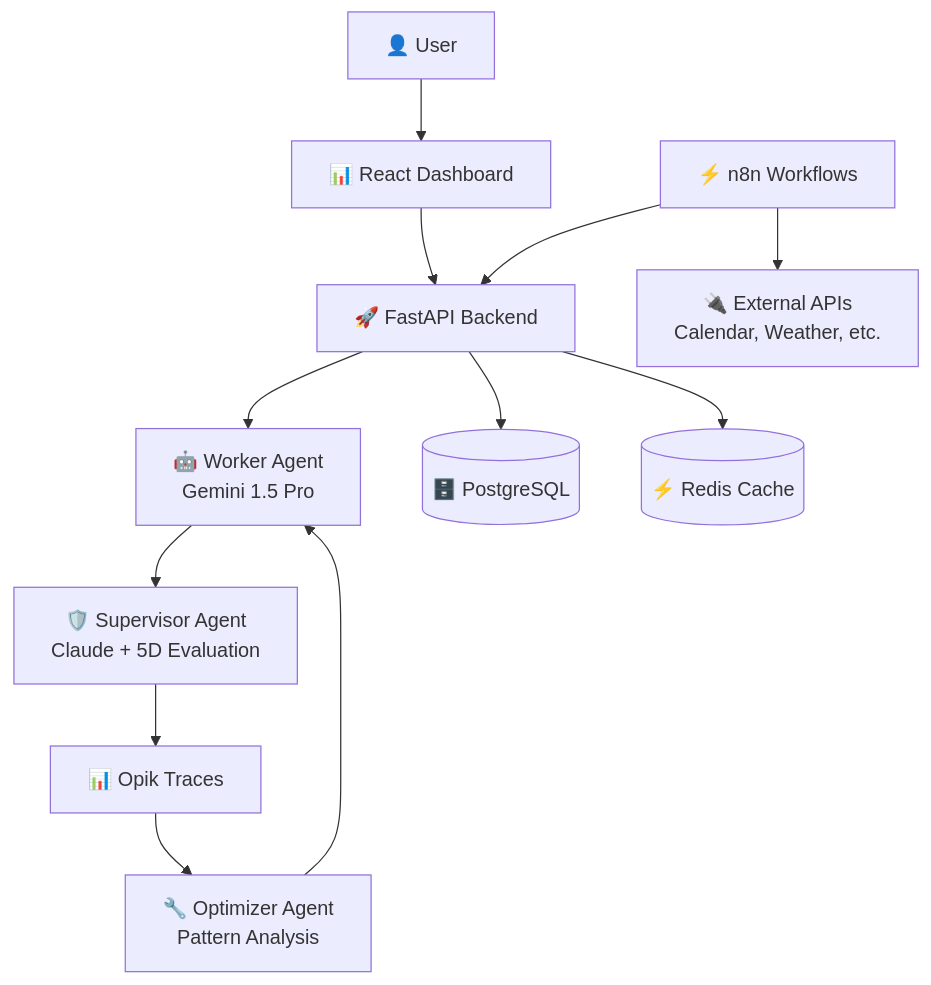
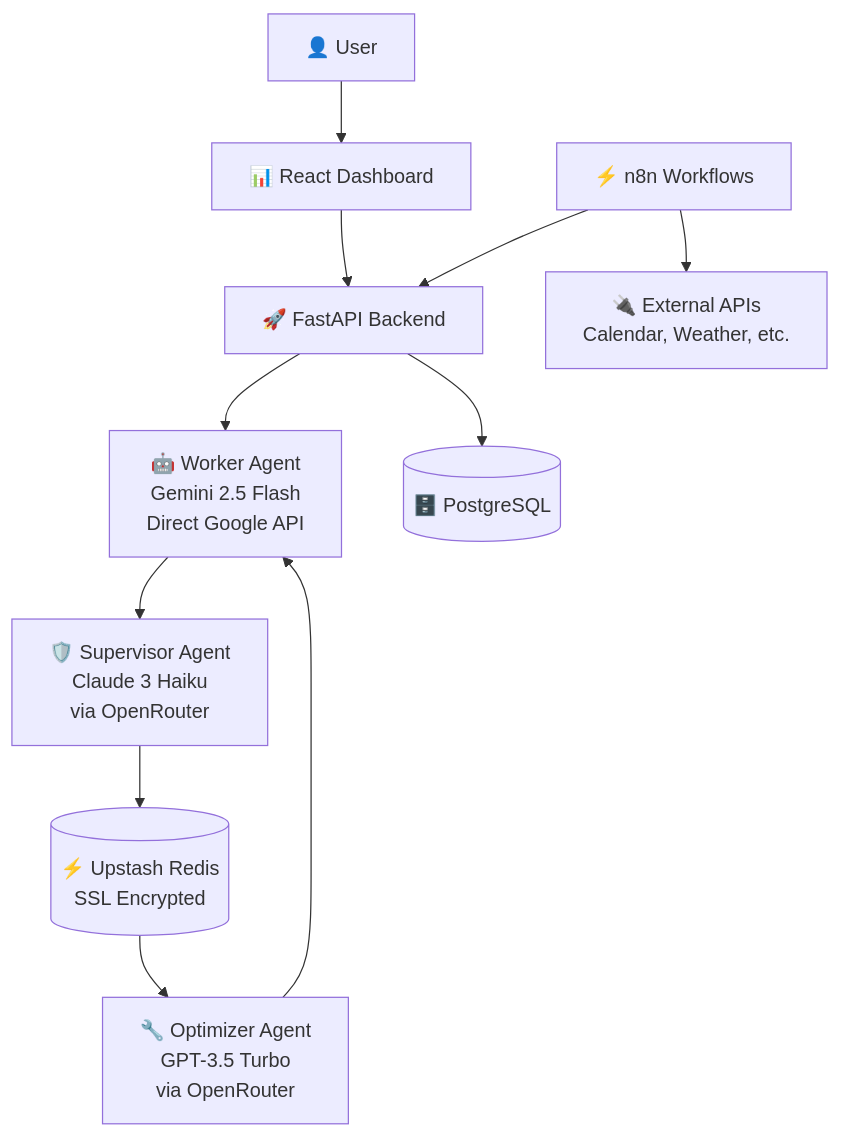
One commit to Aaditya1273/ORBIT changed the diagram in IMPLEMENTATION_SUMMARY.md. Above: the diagram before and after it, drawn with Mermaid. The commit also changed other lines of this file and 1 other file, not shown here.

````diff
--- a/IMPLEMENTATION_SUMMARY.md
+++ b/IMPLEMENTATION_SUMMARY.md
@@ -95,17 +130,16 @@
 ```mermaid
 graph TB
     User[👤 User] --> Dashboard[📊 React Dashboard]
     Dashboard --> API[🚀 FastAPI Backend]
     
-    API --> Worker[🤖 Worker Agent<br/>Gemini 1.5 Pro]
-    Worker --> Supervisor[🛡️ Supervisor Agent<br/>Claude + 5D Evaluation]
-    Supervisor --> Opik[📊 Opik Traces]
-    Opik --> Optimizer[🔧 Optimizer Agent<br/>Pattern Analysis]
+    API --> Worker[🤖 Worker Agent<br/>Gemini 2.5 Flash<br/>Direct Google API]
+    Worker --> Supervisor[🛡️ Supervisor Agent<br/>Claude 3 Haiku<br/>via OpenRouter]
+    Supervisor --> Cache[(⚡ Upstash Redis<br/>SSL Encrypted)]
+    Cache --> Optimizer[🔧 Optimizer Agent<br/>GPT-3.5 Turbo<br/>via OpenRouter]
     
     N8N[⚡ n8n Workflows] --> API
     N8N --> External[🔌 External APIs<br/>Calendar, Weather, etc.]
     
     Optimizer --> Worker
     API --> Database[(🗄️ PostgreSQL)]
-    API --> Redis[(⚡ Redis Cache)]
 ```
````
